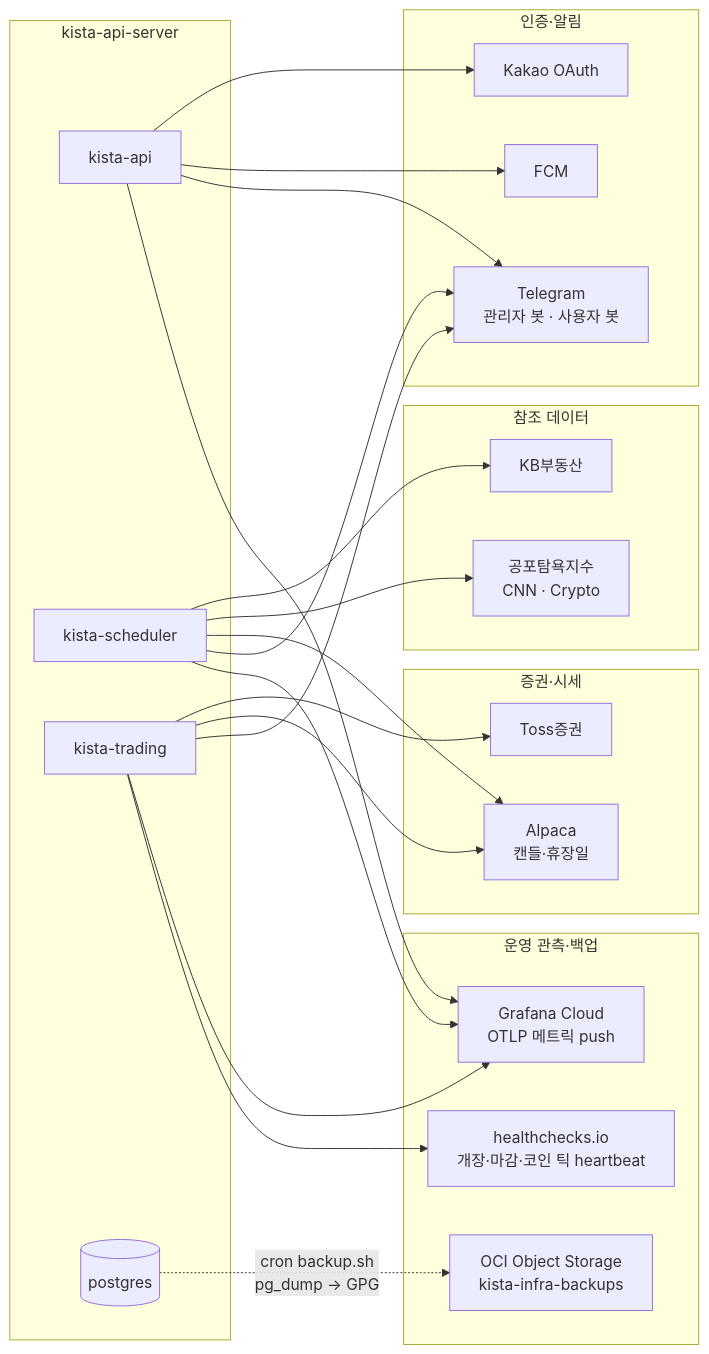
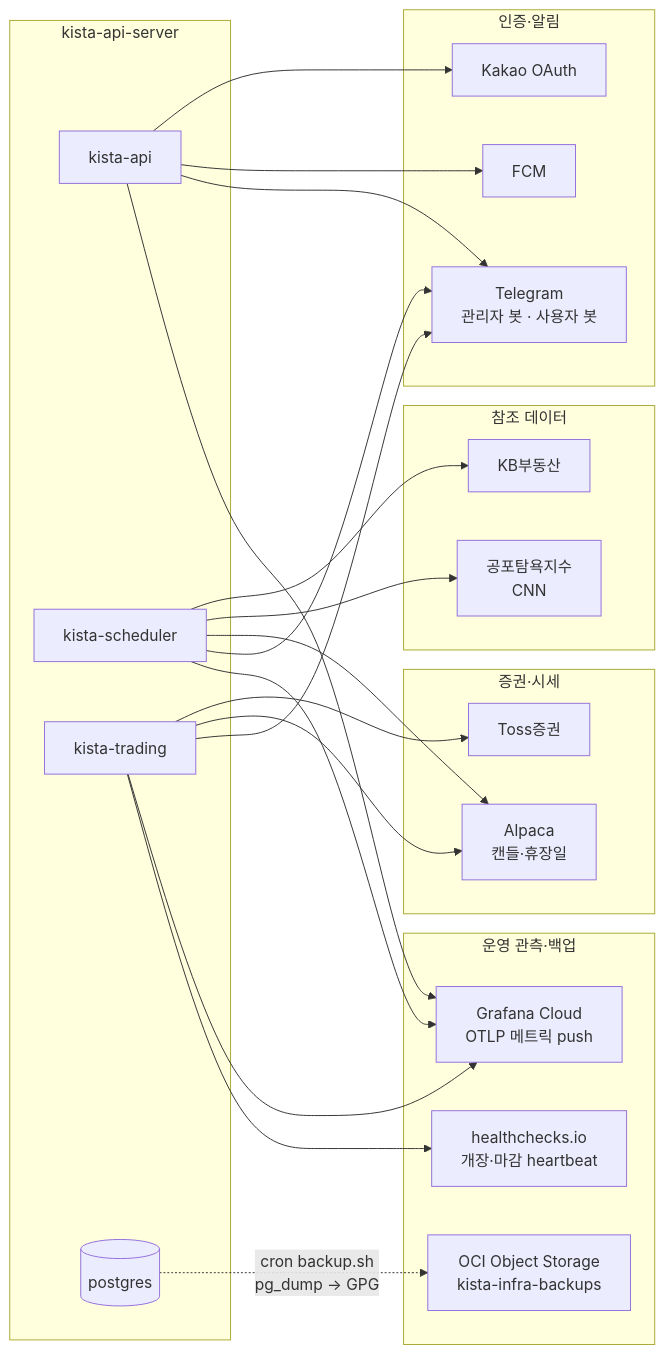
The second of 5 diagrams in docs/architecture-map.md (narafu/kista-api), drawn with Mermaid before and after one commit. The commit also changed 34 other files, not shown here.

````diff
--- a/docs/architecture-map.md
+++ b/docs/architecture-map.md
@@ -79,36 +79,36 @@
 ```mermaid
 flowchart LR
     subgraph APP["kista-api-server"]
         API["kista-api"]
         SCH["kista-scheduler"]
         TRD["kista-trading"]
         PG[("postgres")]
     end
 
     subgraph BROKER["증권·시세"]
         TOSS["Toss증권"]
         ALPACA["Alpaca<br/>캔들·휴장일"]
     end
     subgraph DATA["참조 데이터"]
         KB["KB부동산"]
-        FG["공포탐욕지수<br/>CNN · Crypto"]
+        FG["공포탐욕지수<br/>CNN"]
     end
     subgraph USERIO["인증·알림"]
         KAKAO["Kakao OAuth"]
         TG["Telegram<br/>관리자 봇 · 사용자 봇"]
         FCM["FCM"]
     end
     subgraph OPS["운영 관측·백업"]
         GRAF["Grafana Cloud<br/>OTLP 메트릭 push"]
-        HC["healthchecks.io<br/>개장·마감·코인 틱 heartbeat"]
+        HC["healthchecks.io<br/>개장·마감 heartbeat"]
         OBJ["OCI Object Storage<br/>kista-infra-backups"]
     end
 
     TRD --> TOSS & ALPACA
     SCH --> KB & FG & ALPACA
     API --> KAKAO & FCM
     API & SCH & TRD --> TG
     API & SCH & TRD --> GRAF
     TRD --> HC
     PG -.->|"cron backup.sh<br/>pg_dump → GPG"| OBJ
 ```
````
